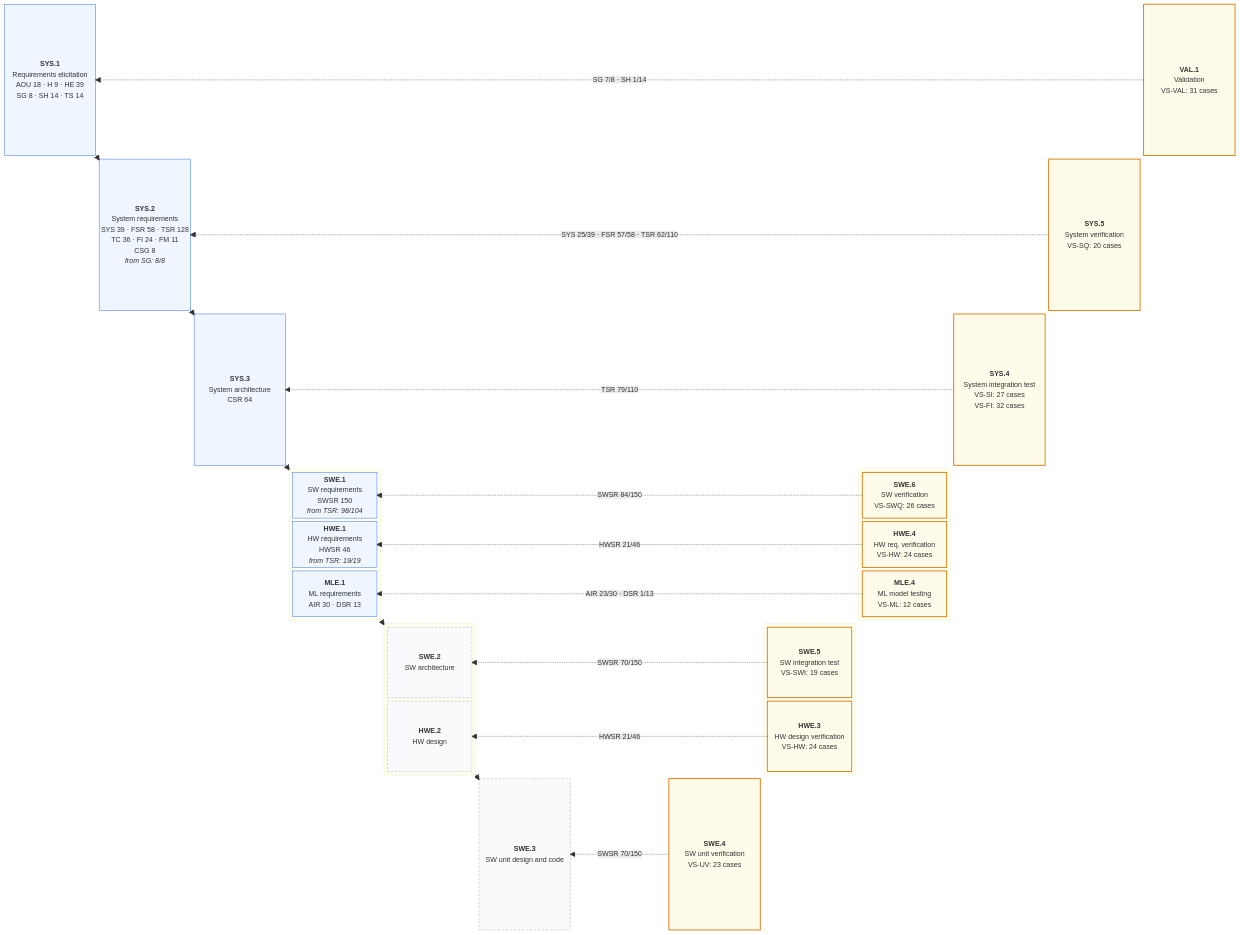
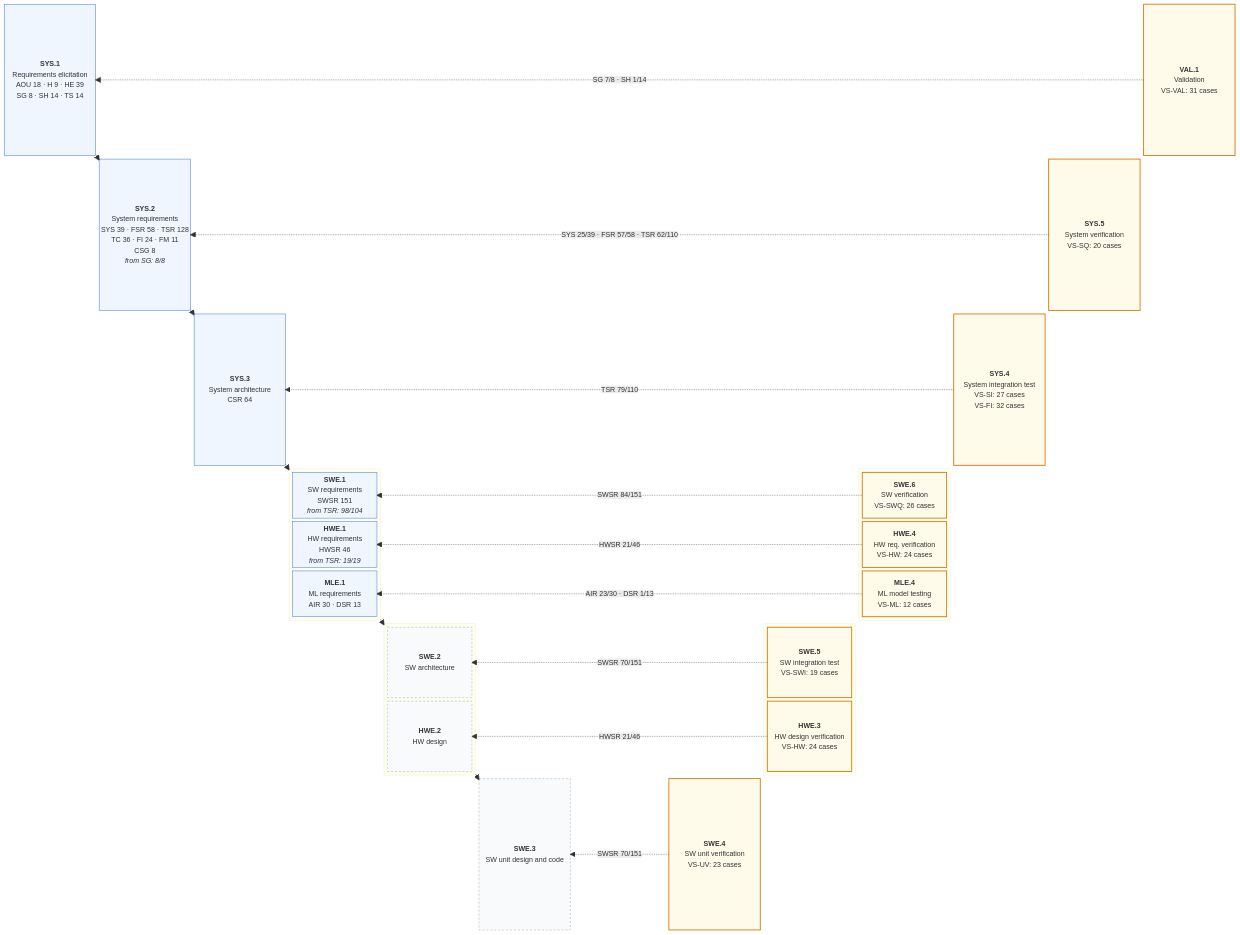
One commit to jherrodthomas/LionDriver changed the first of 2 diagrams in assurance/trace/maps/aspice-trace-map.md. Above: the diagram before and after it, drawn with Mermaid. The commit also changed other lines of this file and 74 other files, not shown here.

```diff
--- a/assurance/trace/maps/aspice-trace-map.md
+++ b/assurance/trace/maps/aspice-trace-map.md
@@ -66,7 +66,7 @@
   space
   block:L3
     columns 1
-    SWE1["<b>SWE.1</b><br/>SW requirements<br/>SWSR 150<br/><i>from TSR: 98/104</i>"]
+    SWE1["<b>SWE.1</b><br/>SW requirements<br/>SWSR 151<br/><i>from TSR: 98/104</i>"]
     HWE1["<b>HWE.1</b><br/>HW requirements<br/>HWSR 46<br/><i>from TSR: 19/19</i>"]
     MLE1["<b>MLE.1</b><br/>ML requirements<br/>AIR 30 · DSR 13"]
   end
@@ -126,12 +126,12 @@
   VAL1 -. "SG 7/8 · SH 1/14" .-> SYS1
   SYS5 -. "SYS 25/39 · FSR 57/58 · TSR 62/110" .-> SYS2
   SYS4 -. "TSR 79/110" .-> SYS3
-  SWE6 -. "SWSR 84/150" .-> SWE1
+  SWE6 -. "SWSR 84/151" .-> SWE1
   HWE4 -. "HWSR 21/46" .-> HWE1
   MLE4 -. "AIR 23/30 · DSR 1/13" .-> MLE1
-  SWE5 -. "SWSR 70/150" .-> SWE2
+  SWE5 -. "SWSR 70/151" .-> SWE2
   HWE3 -. "HWSR 21/46" .-> HWE2
-  SWE4 -. "SWSR 70/150" .-> SWE3
+  SWE4 -. "SWSR 70/151" .-> SWE3
   style VAL1 fill:#FFFBEB,stroke:#D97706,stroke-width:2px
   style SYS5 fill:#FFFBEB,stroke:#D97706,stroke-width:2px
   style SYS4 fill:#FFFBEB,stroke:#D97706,stroke-width:2px
```
